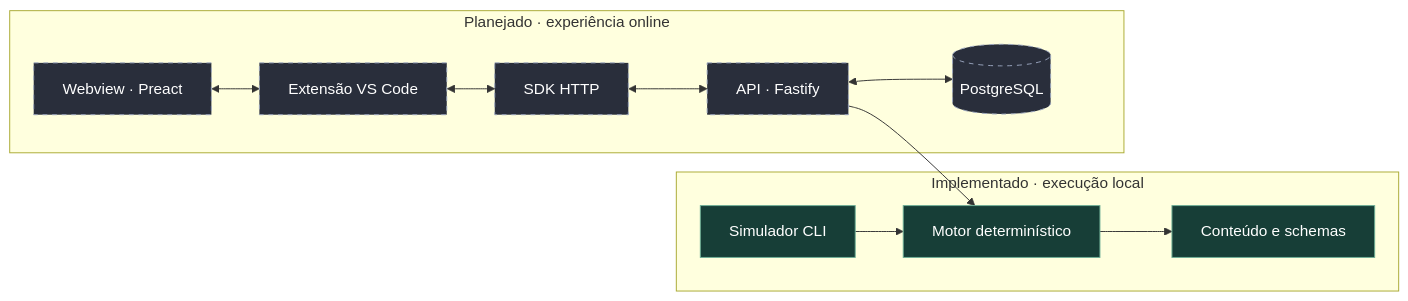
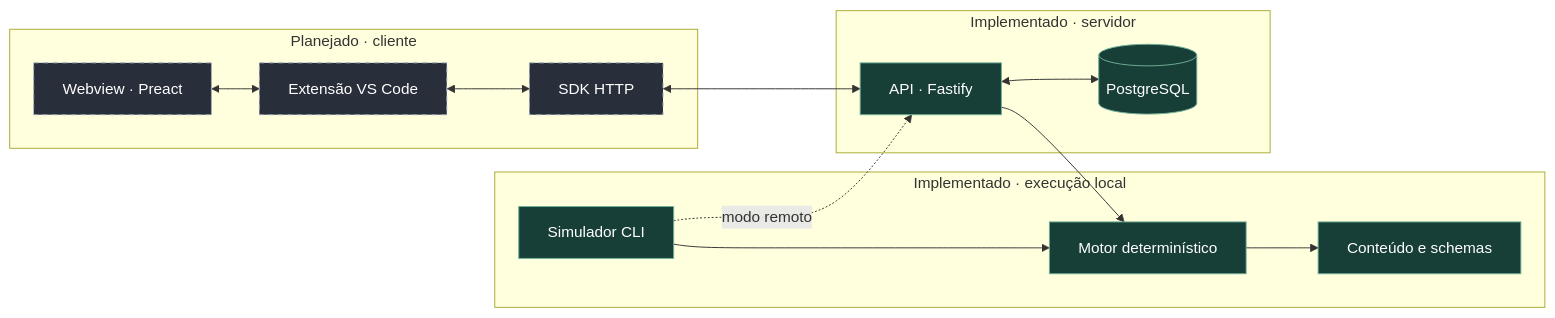
The diagram in README.md (gustavopals/pals-vscode-game), drawn with Mermaid before and after one commit. The commit also changed other lines of this file and 2 other files, not shown here.

````diff
--- a/README.md
+++ b/README.md
@@ -93,18 +93,21 @@
 ```mermaid
 flowchart LR
     subgraph local["Implementado · execução local"]
         Sim["Simulador CLI"] --> Engine["Motor determinístico"]
         Engine --> Content["Conteúdo e schemas"]
     end
-    subgraph online["Planejado · experiência online"]
+    subgraph server["Implementado · servidor"]
+        API["API · Fastify"] <--> DB[("PostgreSQL")]
+    end
+    subgraph client["Planejado · cliente"]
         UI["Webview · Preact"] <--> Ext["Extensão VS Code"]
         Ext <--> SDK["SDK HTTP"]
-        SDK <--> API["API · Fastify"]
-        API <--> DB[("PostgreSQL")]
     end
+    SDK <--> API
+    Sim -. "modo remoto" .-> API
     API --> Engine
     classDef ready fill:#173e37,stroke:#6eaf96,color:#fff
     classDef planned fill:#292e3b,stroke:#9aa6bf,color:#fff,stroke-dasharray:5 5
-    class Sim,Engine,Content ready
-    class UI,Ext,SDK,API,DB planned
+    class Sim,Engine,Content,API,DB ready
+    class UI,Ext,SDK planned
 ```
````
